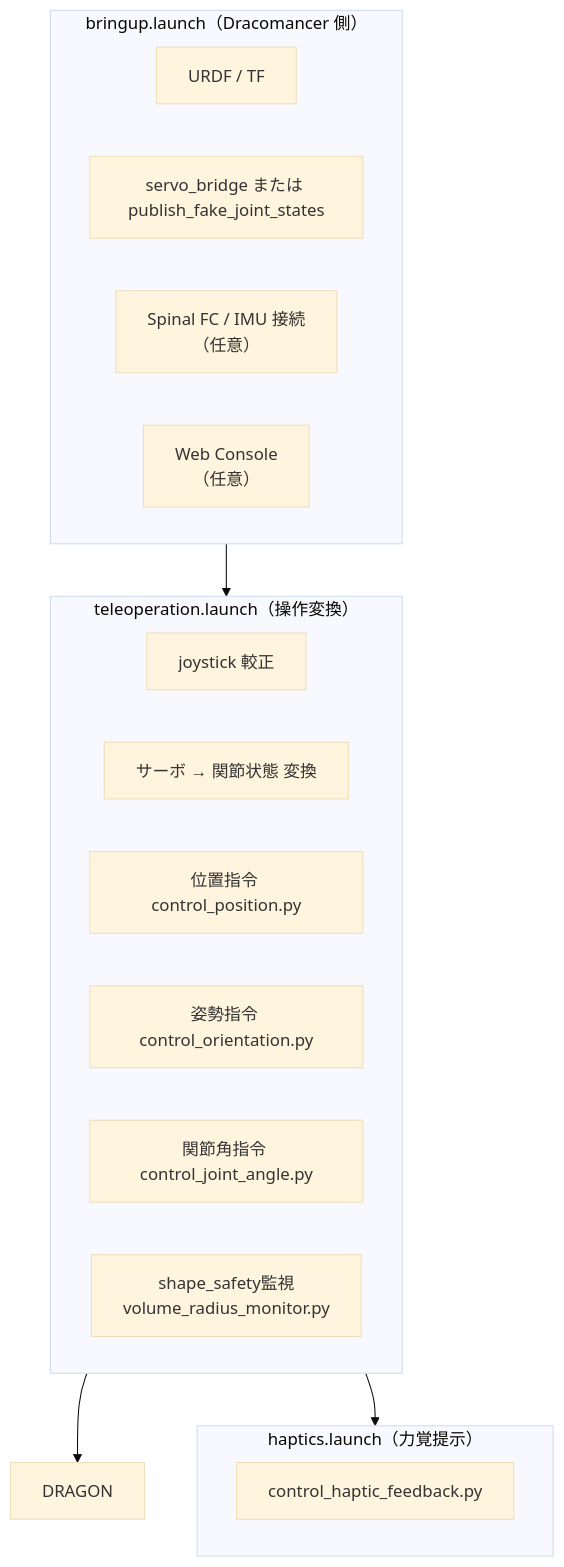
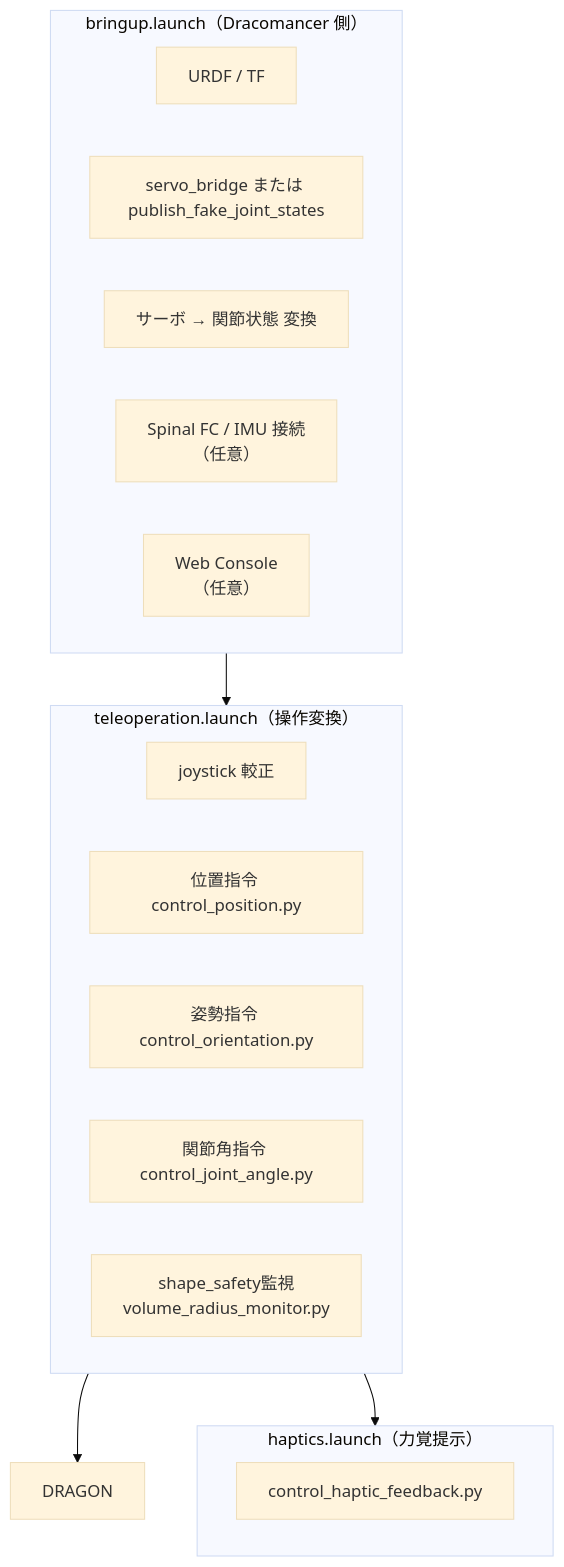
Before and after one commit to Tomoya-Oku/jsk_aerial_robot: the first of 6 diagrams in robots/dracomancer/README.md, drawn with Mermaid (base theme). The commit also changed other lines of this file and 2 other files, not shown here.

````diff
--- a/robots/dracomancer/README.md
+++ b/robots/dracomancer/README.md
@@ -12,23 +12,23 @@
 ```mermaid
 flowchart TB
     subgraph BU["bringup.launch（Dracomancer 側）"]
         URDF["URDF / TF"]
         SB["servo_bridge または publish_fake_joint_states"]
+        S2J["サーボ → 関節状態 変換"]
         FC["Spinal FC / IMU 接続<br/>（任意）"]
         WEB["Web Console<br/>（任意）"]
     end
     subgraph TO["teleoperation.launch（操作変換）"]
         CALIB["joystick 較正"]
-        S2J["サーボ → 関節状態 変換"]
         CP["位置指令 control_position.py"]
         AC["姿勢指令 control_orientation.py"]
         CJ["関節角指令 control_joint_angle.py"]
         SM["shape_safety監視<br/>volume_radius_monitor.py"]
     end
     subgraph HP["haptics.launch（力覚提示）"]
         HF["control_haptic_feedback.py"]
     end
     BU --> TO
     TO --> DRAGON["DRAGON"]
     TO --> HP
 ```
````
